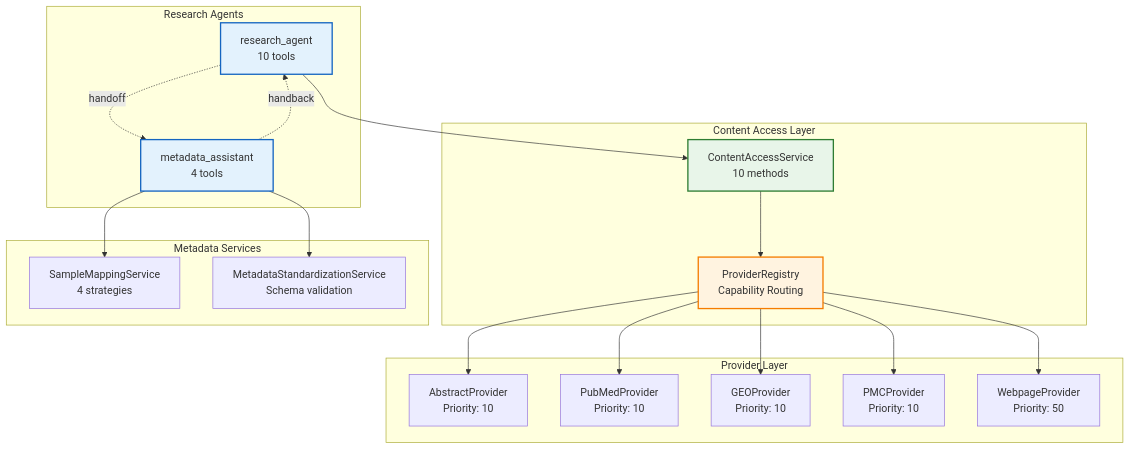
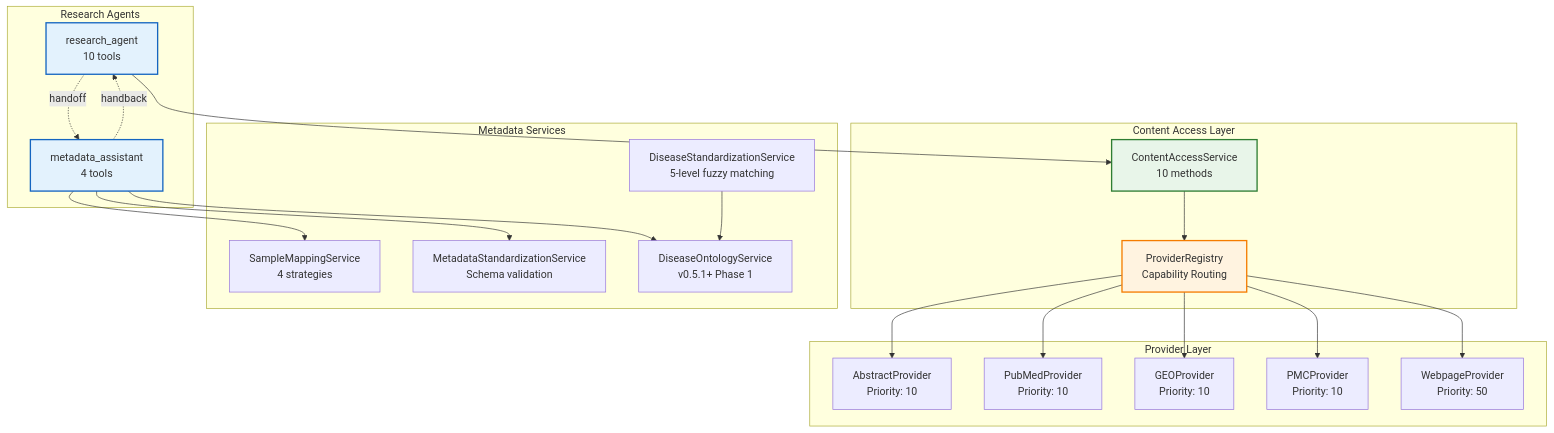
One commit to the-omics-os/lobster changed diagram 12 of 12 in wiki/18-architecture-overview.md. Above: the diagram before and after it, drawn with Mermaid. The commit also changed other lines of this file and 22 other files, not shown here.

First line of the commit message:
feat: implement disease ontology service and enrichment system

````diff
--- a/wiki/18-architecture-overview.md
+++ b/wiki/18-architecture-overview.md
@@ -1693,44 +1862,48 @@
 ```mermaid
 graph TB
     subgraph "Research Agents"
         RA[research_agent<br/>10 tools]
         MA[metadata_assistant<br/>4 tools]
     end
 
     subgraph "Content Access Layer"
         CAS[ContentAccessService<br/>10 methods]
         REG[ProviderRegistry<br/>Capability Routing]
     end
 
     subgraph "Provider Layer"
         AP[AbstractProvider<br/>Priority: 10]
         PMP[PubMedProvider<br/>Priority: 10]
         GP[GEOProvider<br/>Priority: 10]
         PMC[PMCProvider<br/>Priority: 10]
         WP[WebpageProvider<br/>Priority: 50]
     end
 
     subgraph "Metadata Services"
         SMS[SampleMappingService<br/>4 strategies]
         MSS[MetadataStandardizationService<br/>Schema validation]
+        DOS[DiseaseOntologyService<br/>v0.5.1+ Phase 1]
+        DSS[DiseaseStandardizationService<br/>5-level fuzzy matching]
     end
 
     RA --> CAS
     MA --> SMS
     MA --> MSS
+    MA --> DOS
+    DSS --> DOS
 
     CAS --> REG
     REG --> AP
     REG --> PMP
     REG --> GP
     REG --> PMC
     REG --> WP
 
     RA -.handoff.-> MA
     MA -.handback.-> RA
 
     style RA fill:#e3f2fd,stroke:#1565c0,stroke-width:2px
     style MA fill:#e3f2fd,stroke:#1565c0,stroke-width:2px
     style CAS fill:#e8f5e9,stroke:#2e7d32,stroke-width:2px
     style REG fill:#fff3e0,stroke:#f57c00,stroke-width:2px
 ```
````
